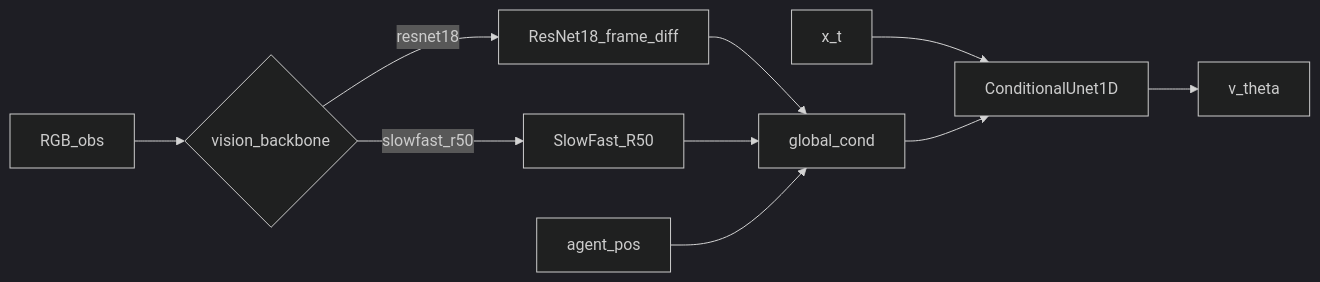
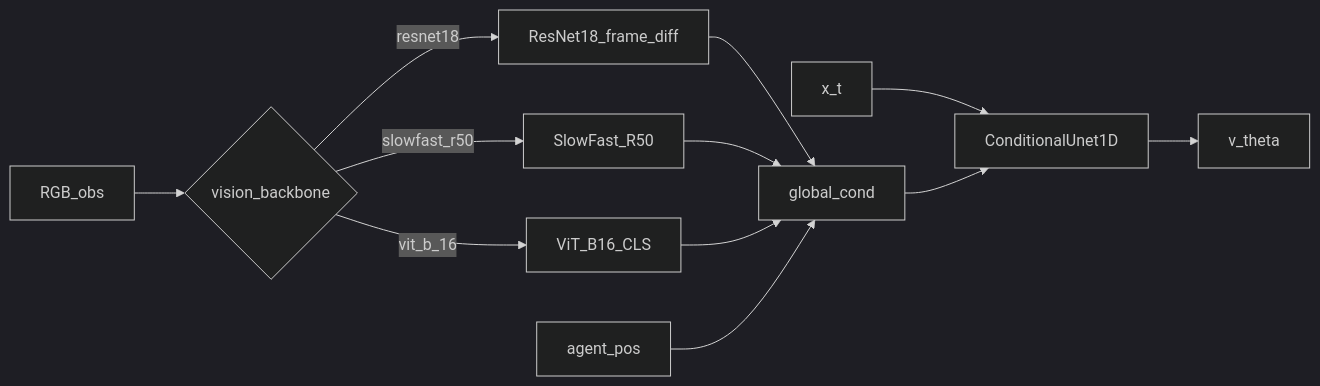
The diagram in robotfm/policies/ARCHITECTURE.md (chenton197-spec/va), drawn with Mermaid (dark theme) before and after one commit. The commit also changed other lines of this file and 10 other files, not shown here.

````diff
--- a/robotfm/policies/ARCHITECTURE.md
+++ b/robotfm/policies/ARCHITECTURE.md
@@ -23,12 +24,14 @@
 ```mermaid
 flowchart LR
   imgs[RGB_obs] --> backbone{vision_backbone}
   backbone -->|resnet18| resnet[ResNet18_frame_diff]
   backbone -->|slowfast_r50| sf[SlowFast_R50]
+  backbone -->|vit_b_16| vit[ViT_B16_CLS]
   resnet --> cond[global_cond]
   sf --> cond
+  vit --> cond
   state[agent_pos] --> cond
   noise[x_t] --> unet[ConditionalUnet1D]
   cond --> unet
   unet --> vel[v_theta]
 ```
````
